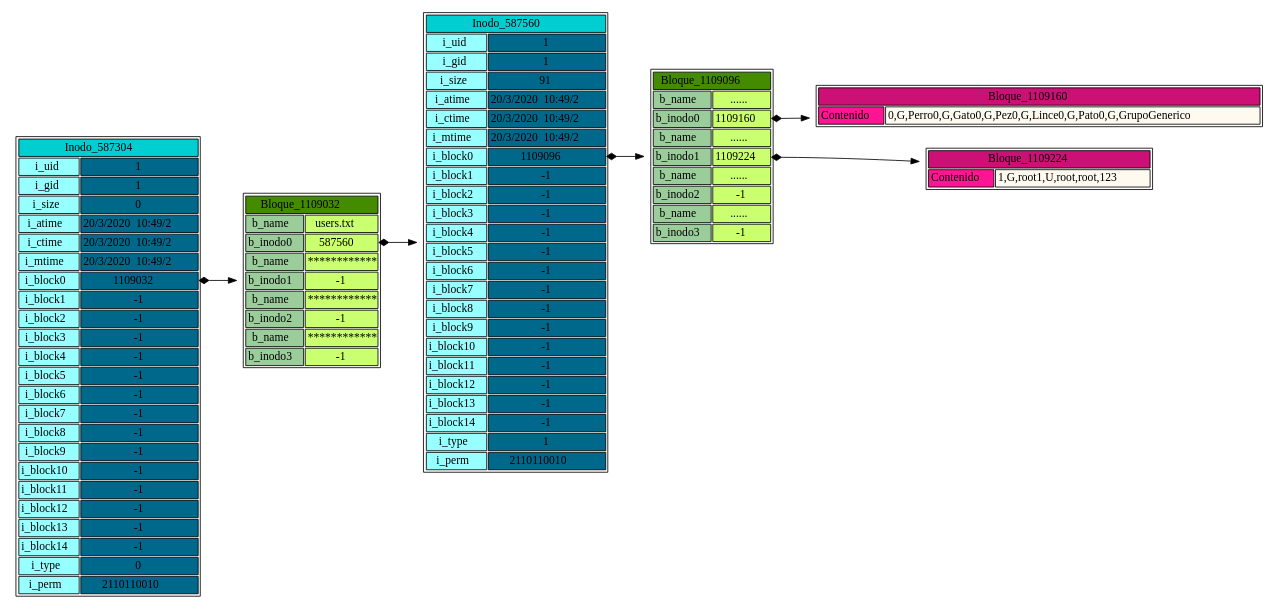
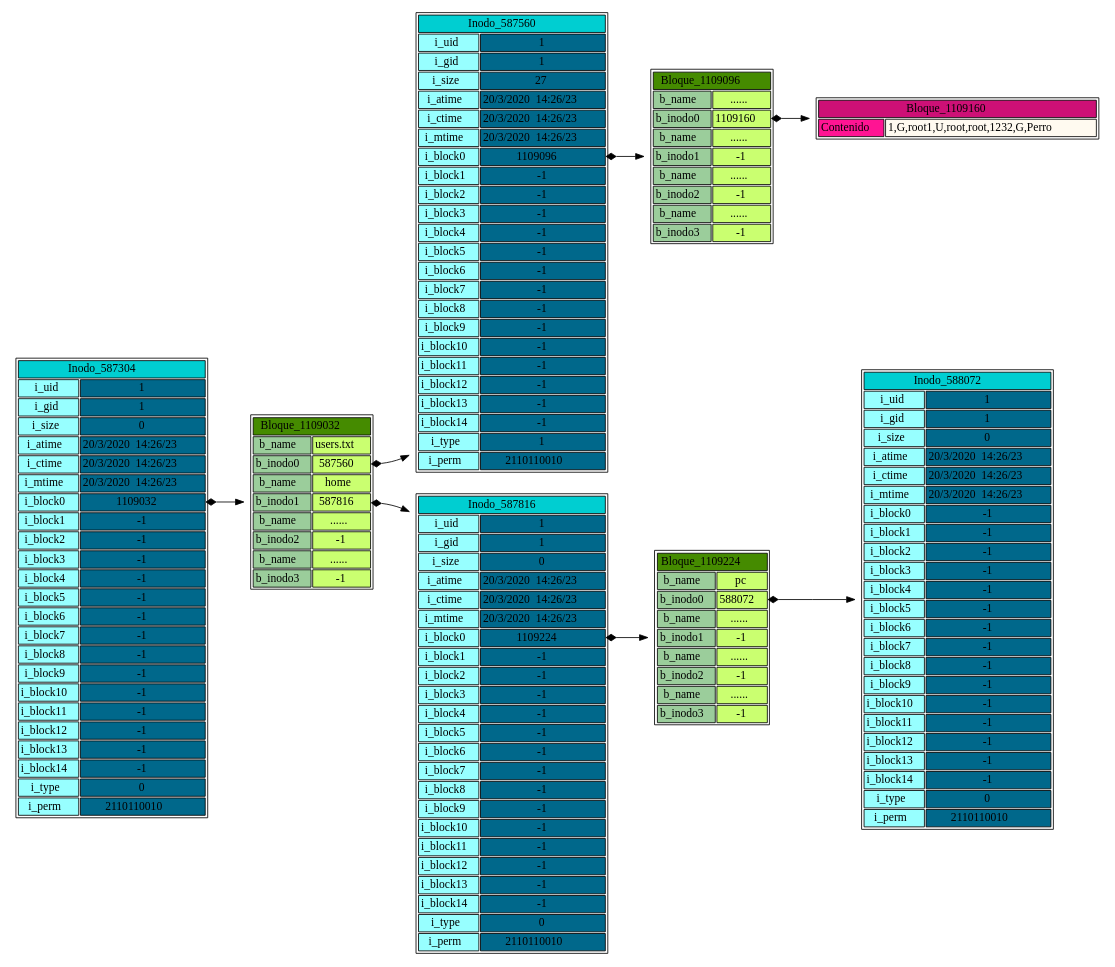
Before and after one commit to esnorki2008/Proyectos: the diagram in Archivos/HardDiskSim/build-Proyecto1Fase1-Desktop_Qt_5_13_1_GCC_64bit-Debug/Arbol.dot, drawn with Graphviz. The commit also changed 18 other files, not shown here.

```diff
--- a/Archivos/HardDiskSim/build-Proyecto1Fase1-Desktop_Qt_5_13_1_GCC_64bit-Debug/Arbol.dot
+++ b/Archivos/HardDiskSim/build-Proyecto1Fase1-Desktop_Qt_5_13_1_GCC_64bit-Debug/Arbol.dot
@@ -5,9 +5,9 @@
 <TR><TD BGCOLOR="darkslategray1">i_uid</TD><TD BGCOLOR="deepskyblue4">1</TD>  </TR>
 <TR><TD BGCOLOR="darkslategray1">i_gid</TD><TD BGCOLOR="deepskyblue4">1</TD>  </TR>
 <TR><TD BGCOLOR="darkslategray1">i_size</TD><TD BGCOLOR="deepskyblue4">0</TD>  </TR>
-<TR><TD BGCOLOR="darkslategray1">i_atime</TD><TD BGCOLOR="deepskyblue4">20/3/2020  10:49/2</TD>  </TR>
-<TR><TD BGCOLOR="darkslategray1">i_ctime</TD><TD BGCOLOR="deepskyblue4">20/3/2020  10:49/2</TD>  </TR>
-<TR><TD BGCOLOR="darkslategray1">i_mtime</TD><TD BGCOLOR="deepskyblue4">20/3/2020  10:49/2</TD>  </TR>
+<TR><TD BGCOLOR="darkslategray1">i_atime</TD><TD BGCOLOR="deepskyblue4">20/3/2020  14:26/23</TD>  </TR>
+<TR><TD BGCOLOR="darkslategray1">i_ctime</TD><TD BGCOLOR="deepskyblue4">20/3/2020  14:26/23</TD>  </TR>
+<TR><TD BGCOLOR="darkslategray1">i_mtime</TD><TD BGCOLOR="deepskyblue4">20/3/2020  14:26/23</TD>  </TR>
 <TR><TD  BGCOLOR="darkslategray1">i_block0</TD><TD PORT="P0" BGCOLOR="deepskyblue4">1109032</TD>  </TR> 
 <TR><TD  BGCOLOR="darkslategray1">i_block1</TD><TD PORT="P1" BGCOLOR="deepskyblue4">-1</TD>  </TR> 
 <TR><TD  BGCOLOR="darkslategray1">i_block2</TD><TD PORT="P2" BGCOLOR="deepskyblue4">-1</TD>  </TR> 
@@ -30,21 +30,22 @@
 B1109032 [ label=< <TABLE BGCOLOR="white"><TR><TD COLSPAN="2" BGCOLOR="chartreuse4" > Bloque_1109032</TD></TR>
 <TR><TD BGCOLOR="darkseagreen3">b_name</TD><TD BGCOLOR="darkolivegreen1">users.txt</TD>  </TR>
 <TR><TD  BGCOLOR="darkseagreen3">b_inodo0</TD><TD PORT="P0" BGCOLOR="darkolivegreen1">587560</TD>  </TR> 
-<TR><TD BGCOLOR="darkseagreen3">b_name</TD><TD BGCOLOR="darkolivegreen1">************</TD>  </TR>
-<TR><TD  BGCOLOR="darkseagreen3">b_inodo1</TD><TD PORT="P1" BGCOLOR="darkolivegreen1">-1</TD>  </TR> 
-<TR><TD BGCOLOR="darkseagreen3">b_name</TD><TD BGCOLOR="darkolivegreen1">************</TD>  </TR>
+<TR><TD BGCOLOR="darkseagreen3">b_name</TD><TD BGCOLOR="darkolivegreen1">home</TD>  </TR>
+<TR><TD  BGCOLOR="darkseagreen3">b_inodo1</TD><TD PORT="P1" BGCOLOR="darkolivegreen1">587816</TD>  </TR> 
+<TR><TD BGCOLOR="darkseagreen3">b_name</TD><TD BGCOLOR="darkolivegreen1">......</TD>  </TR>
 <TR><TD  BGCOLOR="darkseagreen3">b_inodo2</TD><TD PORT="P2" BGCOLOR="darkolivegreen1">-1</TD>  </TR> 
-<TR><TD BGCOLOR="darkseagreen3">b_name</TD><TD BGCOLOR="darkolivegreen1">************</TD>  </TR>
+<TR><TD BGCOLOR="darkseagreen3">b_name</TD><TD BGCOLOR="darkolivegreen1">......</TD>  </TR>
 <TR><TD  BGCOLOR="darkseagreen3">b_inodo3</TD><TD PORT="P3" BGCOLOR="darkolivegreen1">-1</TD>  </TR> 
 </TABLE>>] 
 B1109032:P0->I587560 [dir=both arrowtail = diamond] 
+B1109032:P1->I587816 [dir=both arrowtail = diamond] 
 I587560 [ label=< <TABLE BGCOLOR="white"><TR><TD COLSPAN="2" BGCOLOR="darkturquoise" > Inodo_587560</TD></TR>
 <TR><TD BGCOLOR="darkslategray1">i_uid</TD><TD BGCOLOR="deepskyblue4">1</TD>  </TR>
 <TR><TD BGCOLOR="darkslategray1">i_gid</TD><TD BGCOLOR="deepskyblue4">1</TD>  </TR>
-<TR><TD BGCOLOR="darkslategray1">i_size</TD><TD BGCOLOR="deepskyblue4">91</TD>  </TR>
-<TR><TD BGCOLOR="darkslategray1">i_atime</TD><TD BGCOLOR="deepskyblue4">20/3/2020  10:49/2</TD>  </TR>
-<TR><TD BGCOLOR="darkslategray1">i_ctime</TD><TD BGCOLOR="deepskyblue4">20/3/2020  10:49/2</TD>  </TR>
-<TR><TD BGCOLOR="darkslategray1">i_mtime</TD><TD BGCOLOR="deepskyblue4">20/3/2020  10:49/2</TD>  </TR>
+<TR><TD BGCOLOR="darkslategray1">i_size</TD><TD BGCOLOR="deepskyblue4">27</TD>  </TR>
+<TR><TD BGCOLOR="darkslategray1">i_atime</TD><TD BGCOLOR="deepskyblue4">20/3/2020  14:26/23</TD>  </TR>
+<TR><TD BGCOLOR="darkslategray1">i_ctime</TD><TD BGCOLOR="deepskyblue4">20/3/2020  14:26/23</TD>  </TR>
+<TR><TD BGCOLOR="darkslategray1">i_mtime</TD><TD BGCOLOR="deepskyblue4">20/3/2020  14:26/23</TD>  </TR>
 <TR><TD  BGCOLOR="darkslategray1">i_block0</TD><TD PORT="P0" BGCOLOR="deepskyblue4">1109096</TD>  </TR> 
 <TR><TD  BGCOLOR="darkslategray1">i_block1</TD><TD PORT="P1" BGCOLOR="deepskyblue4">-1</TD>  </TR> 
 <TR><TD  BGCOLOR="darkslategray1">i_block2</TD><TD PORT="P2" BGCOLOR="deepskyblue4">-1</TD>  </TR> 
@@ -68,27 +69,80 @@
 <TR><TD BGCOLOR="darkseagreen3">b_name</TD><TD BGCOLOR="darkolivegreen1">......</TD>  </TR>
 <TR><TD  BGCOLOR="darkseagreen3">b_inodo0</TD><TD PORT="P0" BGCOLOR="darkolivegreen1">1109160</TD>  </TR> 
 <TR><TD BGCOLOR="darkseagreen3">b_name</TD><TD BGCOLOR="darkolivegreen1">......</TD>  </TR>
-<TR><TD  BGCOLOR="darkseagreen3">b_inodo1</TD><TD PORT="P1" BGCOLOR="darkolivegreen1">1109224</TD>  </TR> 
+<TR><TD  BGCOLOR="darkseagreen3">b_inodo1</TD><TD PORT="P1" BGCOLOR="darkolivegreen1">-1</TD>  </TR> 
 <TR><TD BGCOLOR="darkseagreen3">b_name</TD><TD BGCOLOR="darkolivegreen1">......</TD>  </TR>
 <TR><TD  BGCOLOR="darkseagreen3">b_inodo2</TD><TD PORT="P2" BGCOLOR="darkolivegreen1">-1</TD>  </TR> 
 <TR><TD BGCOLOR="darkseagreen3">b_name</TD><TD BGCOLOR="darkolivegreen1">......</TD>  </TR>
 <TR><TD  BGCOLOR="darkseagreen3">b_inodo3</TD><TD PORT="P3" BGCOLOR="darkolivegreen1">-1</TD>  </TR> 
 </TABLE>>] 
 B1109096:P0->B1109160 [dir=both arrowtail = diamond] 
-B1109096:P1->B1109224 [dir=both arrowtail = diamond] 
 B1109160 [ label=< <TABLE BGCOLOR="white"><TR><TD COLSPAN="2" BGCOLOR="deeppink3" > Bloque_1109160</TD></TR>
-<TR><TD BGCOLOR="deeppink">Contenido</TD><TD BGCOLOR="floralwhite">0,G,Perro
-0,G,Gato
-0,G,Pez
-0,G,Lince
-0,G,Pato
-0,G,GrupoGenerico
+<TR><TD BGCOLOR="deeppink">Contenido</TD><TD BGCOLOR="floralwhite">1,G,root
+1,U,root,root,123
+2,G,Perro
 </TD>  </TR>
 </TABLE>>] 
-B1109224 [ label=< <TABLE BGCOLOR="white"><TR><TD COLSPAN="2" BGCOLOR="deeppink3" > Bloque_1109224</TD></TR>
-<TR><TD BGCOLOR="deeppink">Contenido</TD><TD BGCOLOR="floralwhite">1,G,root
-1,U,root,root,123
-</TD>  </TR>
+I587816 [ label=< <TABLE BGCOLOR="white"><TR><TD COLSPAN="2" BGCOLOR="darkturquoise" > Inodo_587816</TD></TR>
+<TR><TD BGCOLOR="darkslategray1">i_uid</TD><TD BGCOLOR="deepskyblue4">1</TD>  </TR>
+<TR><TD BGCOLOR="darkslategray1">i_gid</TD><TD BGCOLOR="deepskyblue4">1</TD>  </TR>
+<TR><TD BGCOLOR="darkslategray1">i_size</TD><TD BGCOLOR="deepskyblue4">0</TD>  </TR>
+<TR><TD BGCOLOR="darkslategray1">i_atime</TD><TD BGCOLOR="deepskyblue4">20/3/2020  14:26/23</TD>  </TR>
+<TR><TD BGCOLOR="darkslategray1">i_ctime</TD><TD BGCOLOR="deepskyblue4">20/3/2020  14:26/23</TD>  </TR>
+<TR><TD BGCOLOR="darkslategray1">i_mtime</TD><TD BGCOLOR="deepskyblue4">20/3/2020  14:26/23</TD>  </TR>
+<TR><TD  BGCOLOR="darkslategray1">i_block0</TD><TD PORT="P0" BGCOLOR="deepskyblue4">1109224</TD>  </TR> 
+<TR><TD  BGCOLOR="darkslategray1">i_block1</TD><TD PORT="P1" BGCOLOR="deepskyblue4">-1</TD>  </TR> 
+<TR><TD  BGCOLOR="darkslategray1">i_block2</TD><TD PORT="P2" BGCOLOR="deepskyblue4">-1</TD>  </TR> 
+<TR><TD  BGCOLOR="darkslategray1">i_block3</TD><TD PORT="P3" BGCOLOR="deepskyblue4">-1</TD>  </TR> 
+<TR><TD  BGCOLOR="darkslategray1">i_block4</TD><TD PORT="P4" BGCOLOR="deepskyblue4">-1</TD>  </TR> 
+<TR><TD  BGCOLOR="darkslategray1">i_block5</TD><TD PORT="P5" BGCOLOR="deepskyblue4">-1</TD>  </TR> 
+<TR><TD  BGCOLOR="darkslategray1">i_block6</TD><TD PORT="P6" BGCOLOR="deepskyblue4">-1</TD>  </TR> 
+<TR><TD  BGCOLOR="darkslategray1">i_block7</TD><TD PORT="P7" BGCOLOR="deepskyblue4">-1</TD>  </TR> 
+<TR><TD  BGCOLOR="darkslategray1">i_block8</TD><TD PORT="P8" BGCOLOR="deepskyblue4">-1</TD>  </TR> 
+<TR><TD  BGCOLOR="darkslategray1">i_block9</TD><TD PORT="P9" BGCOLOR="deepskyblue4">-1</TD>  </TR> 
+<TR><TD  BGCOLOR="darkslategray1">i_block10</TD><TD PORT="P10" BGCOLOR="deepskyblue4">-1</TD>  </TR> 
+<TR><TD  BGCOLOR="darkslategray1">i_block11</TD><TD PORT="P11" BGCOLOR="deepskyblue4">-1</TD>  </TR> 
+<TR><TD  BGCOLOR="darkslategray1">i_block12</TD><TD PORT="P12" BGCOLOR="deepskyblue4">-1</TD>  </TR> 
+<TR><TD  BGCOLOR="darkslategray1">i_block13</TD><TD PORT="P13" BGCOLOR="deepskyblue4">-1</TD>  </TR> 
+<TR><TD  BGCOLOR="darkslategray1">i_block14</TD><TD PORT="P14" BGCOLOR="deepskyblue4">-1</TD>  </TR> 
+<TR><TD BGCOLOR="darkslategray1">i_type</TD><TD BGCOLOR="deepskyblue4">0</TD>  </TR>
+<TR><TD BGCOLOR="darkslategray1">i_perm</TD><TD BGCOLOR="deepskyblue4">2110110010</TD>  </TR>
+</TABLE>>] 
+I587816:P0->B1109224 [dir=both arrowtail = diamond] 
+B1109224 [ label=< <TABLE BGCOLOR="white"><TR><TD COLSPAN="2" BGCOLOR="chartreuse4" > Bloque_1109224</TD></TR>
+<TR><TD BGCOLOR="darkseagreen3">b_name</TD><TD BGCOLOR="darkolivegreen1">pc</TD>  </TR>
+<TR><TD  BGCOLOR="darkseagreen3">b_inodo0</TD><TD PORT="P0" BGCOLOR="darkolivegreen1">588072</TD>  </TR> 
+<TR><TD BGCOLOR="darkseagreen3">b_name</TD><TD BGCOLOR="darkolivegreen1">......</TD>  </TR>
+<TR><TD  BGCOLOR="darkseagreen3">b_inodo1</TD><TD PORT="P1" BGCOLOR="darkolivegreen1">-1</TD>  </TR> 
+<TR><TD BGCOLOR="darkseagreen3">b_name</TD><TD BGCOLOR="darkolivegreen1">......</TD>  </TR>
+<TR><TD  BGCOLOR="darkseagreen3">b_inodo2</TD><TD PORT="P2" BGCOLOR="darkolivegreen1">-1</TD>  </TR> 
+<TR><TD BGCOLOR="darkseagreen3">b_name</TD><TD BGCOLOR="darkolivegreen1">......</TD>  </TR>
+<TR><TD  BGCOLOR="darkseagreen3">b_inodo3</TD><TD PORT="P3" BGCOLOR="darkolivegreen1">-1</TD>  </TR> 
+</TABLE>>] 
+B1109224:P0->I588072 [dir=both arrowtail = diamond] 
+I588072 [ label=< <TABLE BGCOLOR="white"><TR><TD COLSPAN="2" BGCOLOR="darkturquoise" > Inodo_588072</TD></TR>
+<TR><TD BGCOLOR="darkslategray1">i_uid</TD><TD BGCOLOR="deepskyblue4">1</TD>  </TR>
+<TR><TD BGCOLOR="darkslategray1">i_gid</TD><TD BGCOLOR="deepskyblue4">1</TD>  </TR>
+<TR><TD BGCOLOR="darkslategray1">i_size</TD><TD BGCOLOR="deepskyblue4">0</TD>  </TR>
+<TR><TD BGCOLOR="darkslategray1">i_atime</TD><TD BGCOLOR="deepskyblue4">20/3/2020  14:26/23</TD>  </TR>
+<TR><TD BGCOLOR="darkslategray1">i_ctime</TD><TD BGCOLOR="deepskyblue4">20/3/2020  14:26/23</TD>  </TR>
+<TR><TD BGCOLOR="darkslategray1">i_mtime</TD><TD BGCOLOR="deepskyblue4">20/3/2020  14:26/23</TD>  </TR>
+<TR><TD  BGCOLOR="darkslategray1">i_block0</TD><TD PORT="P0" BGCOLOR="deepskyblue4">-1</TD>  </TR> 
+<TR><TD  BGCOLOR="darkslategray1">i_block1</TD><TD PORT="P1" BGCOLOR="deepskyblue4">-1</TD>  </TR> 
+<TR><TD  BGCOLOR="darkslategray1">i_block2</TD><TD PORT="P2" BGCOLOR="deepskyblue4">-1</TD>  </TR> 
+<TR><TD  BGCOLOR="darkslategray1">i_block3</TD><TD PORT="P3" BGCOLOR="deepskyblue4">-1</TD>  </TR> 
+<TR><TD  BGCOLOR="darkslategray1">i_block4</TD><TD PORT="P4" BGCOLOR="deepskyblue4">-1</TD>  </TR> 
+<TR><TD  BGCOLOR="darkslategray1">i_block5</TD><TD PORT="P5" BGCOLOR="deepskyblue4">-1</TD>  </TR> 
+<TR><TD  BGCOLOR="darkslategray1">i_block6</TD><TD PORT="P6" BGCOLOR="deepskyblue4">-1</TD>  </TR> 
+<TR><TD  BGCOLOR="darkslategray1">i_block7</TD><TD PORT="P7" BGCOLOR="deepskyblue4">-1</TD>  </TR> 
+<TR><TD  BGCOLOR="darkslategray1">i_block8</TD><TD PORT="P8" BGCOLOR="deepskyblue4">-1</TD>  </TR> 
+<TR><TD  BGCOLOR="darkslategray1">i_block9</TD><TD PORT="P9" BGCOLOR="deepskyblue4">-1</TD>  </TR> 
+<TR><TD  BGCOLOR="darkslategray1">i_block10</TD><TD PORT="P10" BGCOLOR="deepskyblue4">-1</TD>  </TR> 
+<TR><TD  BGCOLOR="darkslategray1">i_block11</TD><TD PORT="P11" BGCOLOR="deepskyblue4">-1</TD>  </TR> 
+<TR><TD  BGCOLOR="darkslategray1">i_block12</TD><TD PORT="P12" BGCOLOR="deepskyblue4">-1</TD>  </TR> 
+<TR><TD  BGCOLOR="darkslategray1">i_block13</TD><TD PORT="P13" BGCOLOR="deepskyblue4">-1</TD>  </TR> 
+<TR><TD  BGCOLOR="darkslategray1">i_block14</TD><TD PORT="P14" BGCOLOR="deepskyblue4">-1</TD>  </TR> 
+<TR><TD BGCOLOR="darkslategray1">i_type</TD><TD BGCOLOR="deepskyblue4">0</TD>  </TR>
+<TR><TD BGCOLOR="darkslategray1">i_perm</TD><TD BGCOLOR="deepskyblue4">2110110010</TD>  </TR>
 </TABLE>>] 
 
 } 
```
